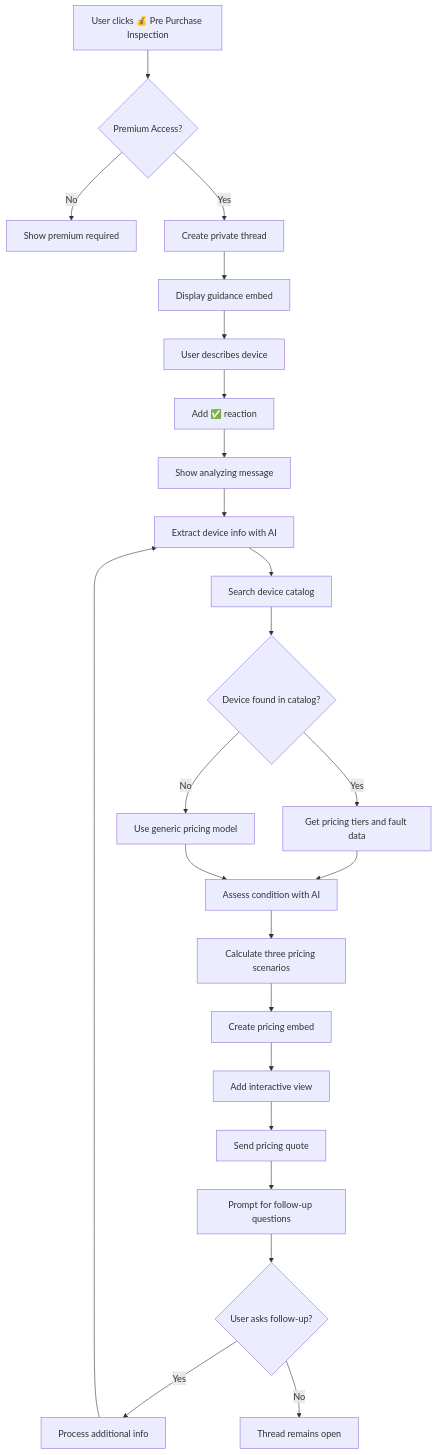
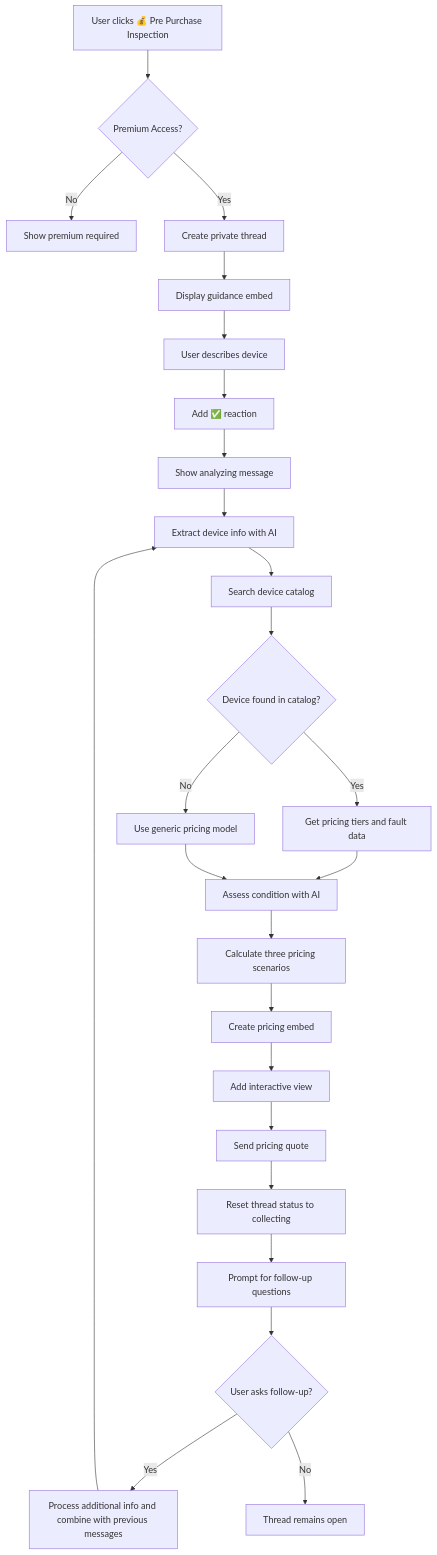
Before and after one commit to sidekickmobile/cellzier-bots-public: the diagram in flows/pre_purchase_inspection_flow.md, drawn with Mermaid. The commit also changed other lines of this file and 1 other file, not shown here.

````diff
--- a/flows/pre_purchase_inspection_flow.md
+++ b/flows/pre_purchase_inspection_flow.md
@@ -123,26 +145,27 @@
 ```mermaid
 graph TD
     A[User clicks 💰 Pre Purchase Inspection] --> B{Premium Access?}
     B -->|No| C[Show premium required]
     B -->|Yes| D[Create private thread]
     D --> E[Display guidance embed]
     E --> F[User describes device]
     F --> G[Add ✅ reaction]
     G --> H[Show analyzing message]
     H --> I[Extract device info with AI]
     I --> J[Search device catalog]
     J --> K{Device found in catalog?}
     K -->|Yes| L[Get pricing tiers and fault data]
     K -->|No| M[Use generic pricing model]
     L --> N[Assess condition with AI]
     M --> N
     N --> O[Calculate three pricing scenarios]
     O --> P[Create pricing embed]
     P --> Q[Add interactive view]
     Q --> R[Send pricing quote]
-    R --> S[Prompt for follow-up questions]
-    S --> T{User asks follow-up?}
-    T -->|Yes| U[Process additional info]
-    T -->|No| V[Thread remains open]
-    U --> I
+    R --> S[Reset thread status to collecting]
+    S --> T[Prompt for follow-up questions]
+    T --> U{User asks follow-up?}
+    U -->|Yes| V[Process additional info and combine with previous messages]
+    U -->|No| W[Thread remains open]
+    V --> I
 ```
````
